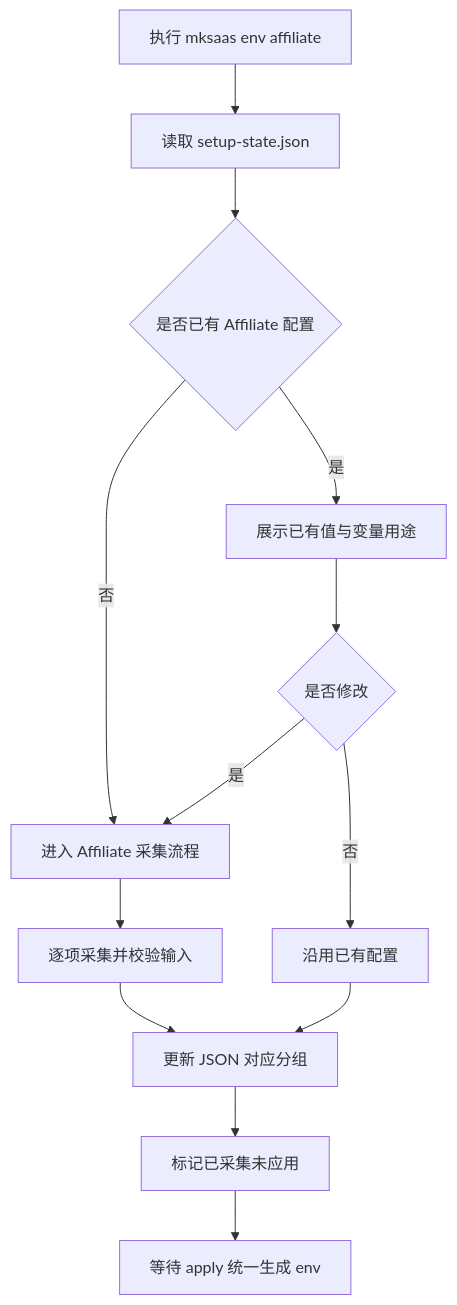
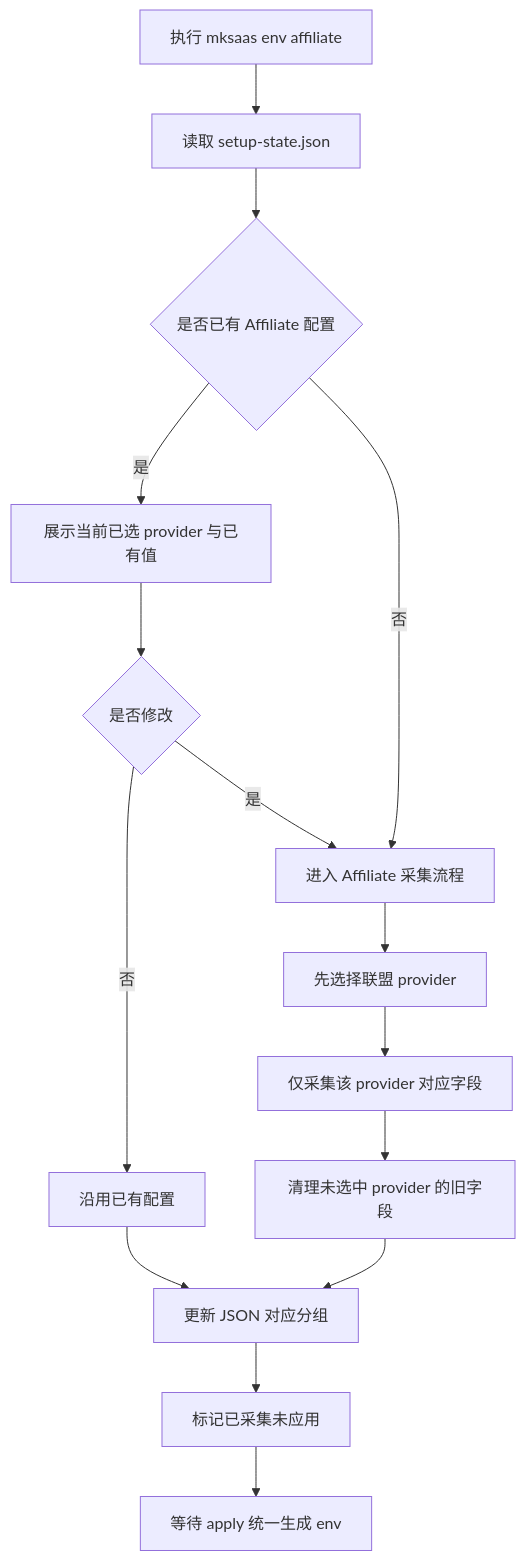
The first of 2 diagrams in docs/steps/03-env-groups/13-affiliate.md (CaffeineOddity/mksaas_command), drawn with Mermaid before and after one commit. The commit also changed other lines of this file and 17 other files, not shown here.

First line of the commit message:
feat: apply 生成 .env 带分组注释与组间空行,移除 configurations 分组,analytics 引入 provider 引导

````diff
--- a/docs/steps/03-env-groups/13-affiliate.md
+++ b/docs/steps/03-env-groups/13-affiliate.md
@@ -53,15 +54,17 @@
 ```mermaid
 flowchart TD
     A[执行 mksaas env affiliate] --> B[读取 setup-state.json]
     B --> C{是否已有 Affiliate 配置}
-    C -->|是| D[展示已有值与变量用途]
+    C -->|是| D[展示当前已选 provider 与已有值]
     C -->|否| E[进入 Affiliate 采集流程]
     D --> F{是否修改}
     F -->|否| G[沿用已有配置]
     F -->|是| E
-    E --> H[逐项采集并校验输入]
-    H --> I[更新 JSON 对应分组]
-    G --> I
-    I --> J[标记已采集未应用]
-    J --> K[等待 apply 统一生成 env]
+    E --> H[先选择联盟 provider]
+    H --> I[仅采集该 provider 对应字段]
+    I --> J[清理未选中 provider 的旧字段]
+    G --> K[更新 JSON 对应分组]
+    J --> K
+    K --> L[标记已采集未应用]
+    L --> M[等待 apply 统一生成 env]
 ```
````
